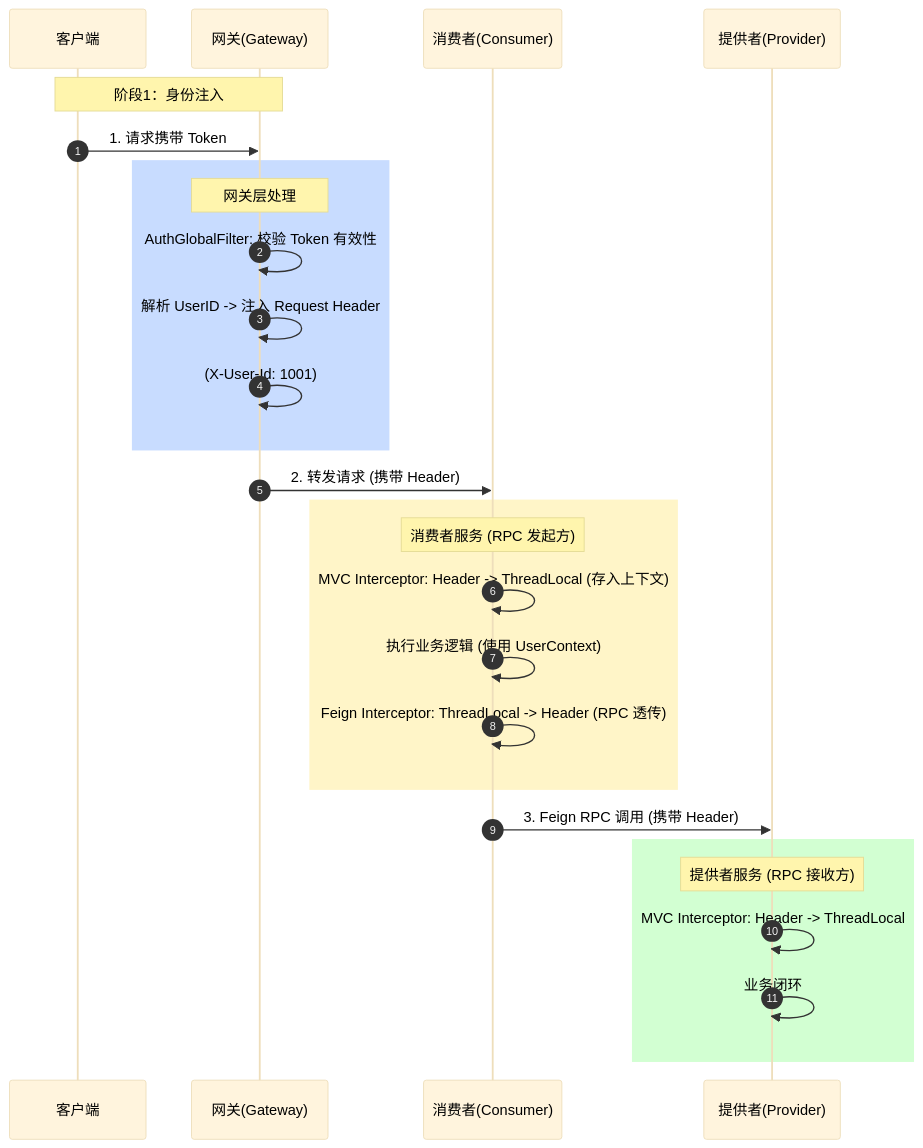
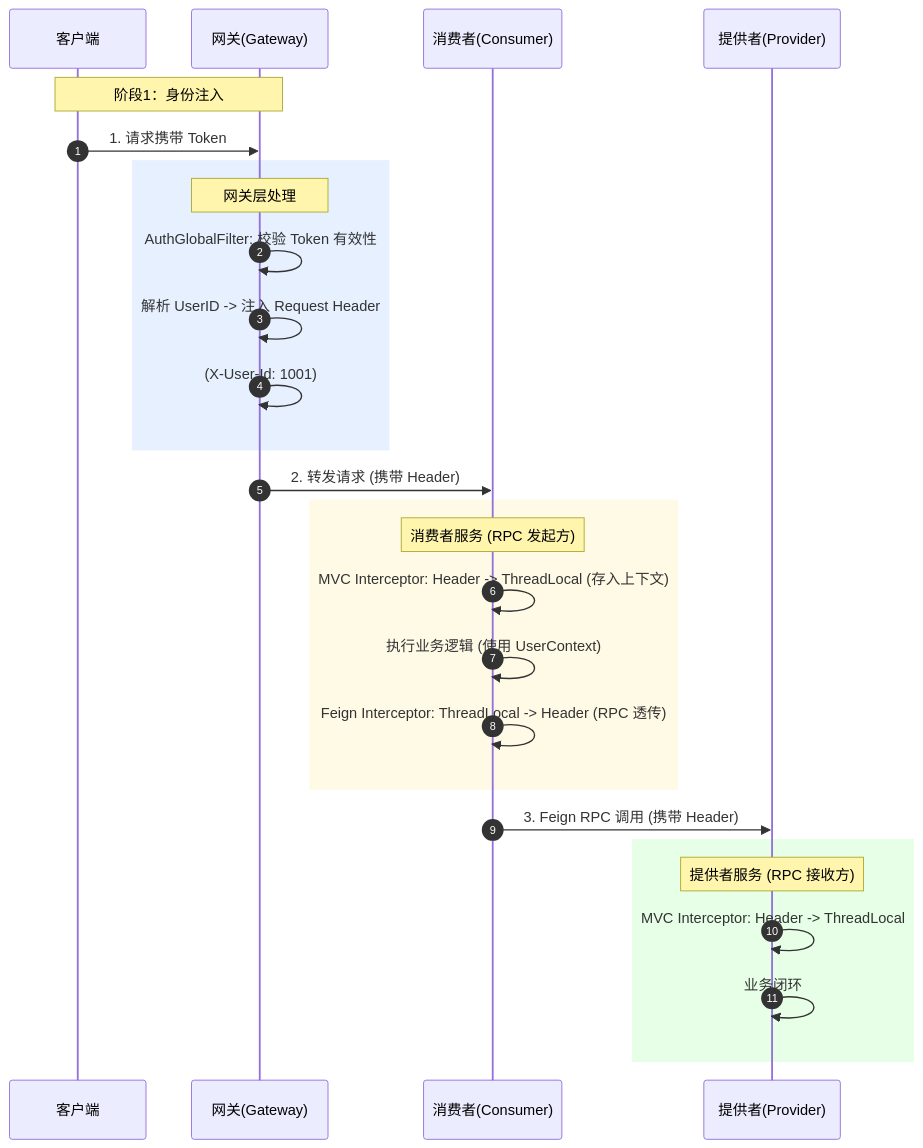
Before and after one commit to RCPawn/api-gateway: the second of 3 diagrams in README.md, drawn with Mermaid.

Commit message:
fix: 重构项目文档，修复字体颜色与背景冲突问题

````diff
--- a/README.md
+++ b/README.md
@@ -130,40 +130,34 @@
 ```mermaid
-%%{init: {'theme': 'base', 'themeVariables': { 'noteTextColor': '#000000', 'actorTextColor': '#000000', 'signalTextColor': '#000000'}}}%%
 sequenceDiagram
     autonumber
-%% 强制参与者名字为黑色
     participant Client as 客户端
     participant Gateway as 网关(Gateway)
     participant Consumer as 消费者(Consumer)
     participant Provider as 提供者(Provider)
+Note over Client, Gateway: 阶段1：身份注入
+Client->>Gateway: 1. 请求携带 Token
 
-    Note over Client, Gateway: 阶段1：身份注入
-    Client->>Gateway: 1. 请求携带 Token
+rect rgb(230, 240, 255)
+Note over Gateway: 网关层处理
+Gateway->>Gateway: AuthGlobalFilter: 校验 Token 有效性
+Gateway->>Gateway: 解析 UserID -> 注入 Request Header
+Gateway->>Gateway: (X-User-Id: 1001)
+end
 
-%% 蓝色背景块，颜色稍微加深一点，让白色/黑色字更明显
-    rect rgb(200, 220, 255)
-        Note over Gateway: 网关层处理
-        Gateway->>Gateway: AuthGlobalFilter: 校验 Token 有效性
-        Gateway->>Gateway: 解析 UserID -> 注入 Request Header
-        Gateway->>Gateway: (X-User-Id: 1001)
-    end
+Gateway->>Consumer: 2. 转发请求 (携带 Header)
 
-    Gateway->>Consumer: 2. 转发请求 (携带 Header)
+rect rgb(255, 250, 230)
+Note over Consumer: 消费者服务 (RPC 发起方)
+Consumer->>Consumer: MVC Interceptor: Header -> ThreadLocal (存入上下文)
+Consumer->>Consumer: 执行业务逻辑 (使用 UserContext)
+Consumer->>Consumer: Feign Interceptor: ThreadLocal -> Header (RPC 透传)
+end
 
-%% 黄色背景块
-    rect rgb(255, 245, 200)
-        Note over Consumer: 消费者服务 (RPC 发起方)
-        Consumer->>Consumer: MVC Interceptor: Header -> ThreadLocal (存入上下文)
-        Consumer->>Consumer: 执行业务逻辑 (使用 UserContext)
-        Consumer->>Consumer: Feign Interceptor: ThreadLocal -> Header (RPC 透传)
-    end
+Consumer->>Provider: 3. Feign RPC 调用 (携带 Header)
 
-    Consumer->>Provider: 3. Feign RPC 调用 (携带 Header)
-
-%% 绿色背景块
-    rect rgb(210, 255, 210)
-        Note over Provider: 提供者服务 (RPC 接收方)
-        Provider->>Provider: MVC Interceptor: Header -> ThreadLocal
-        Provider->>Provider: 业务闭环
-    end
+rect rgb(230, 255, 230)
+Note over Provider: 提供者服务 (RPC 接收方)
+Provider->>Provider: MVC Interceptor: Header -> ThreadLocal
+Provider->>Provider: 业务闭环
+end
 ```
````
